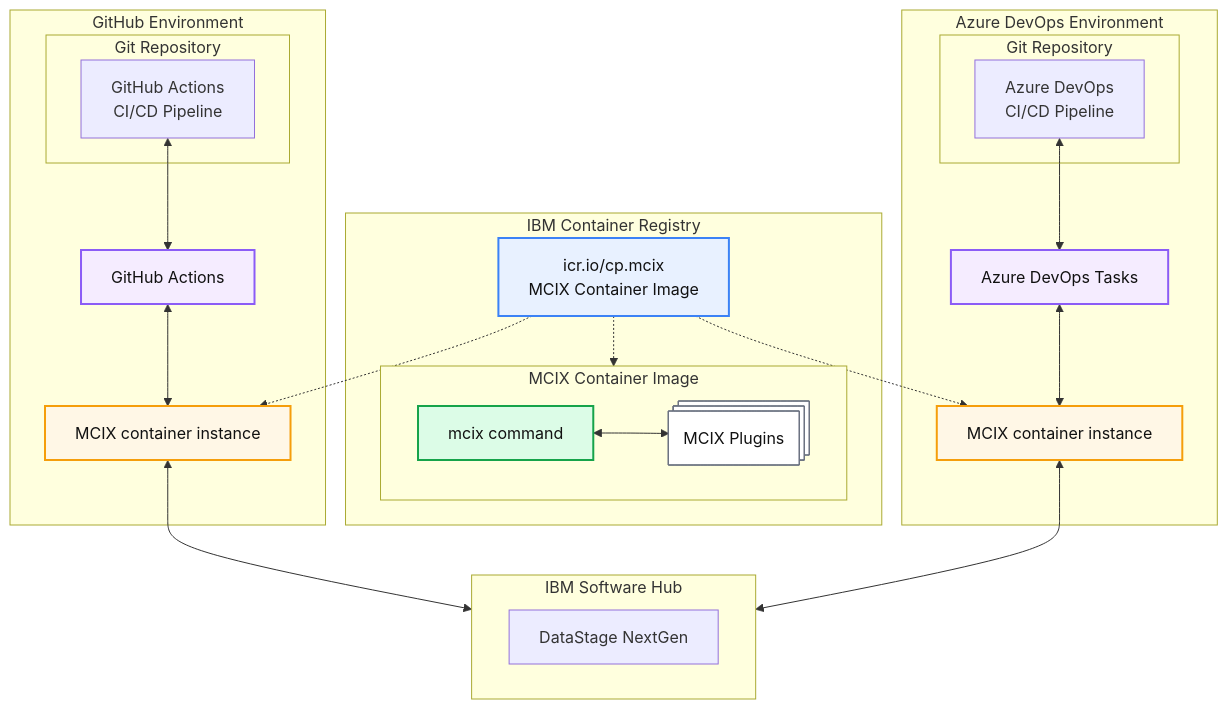
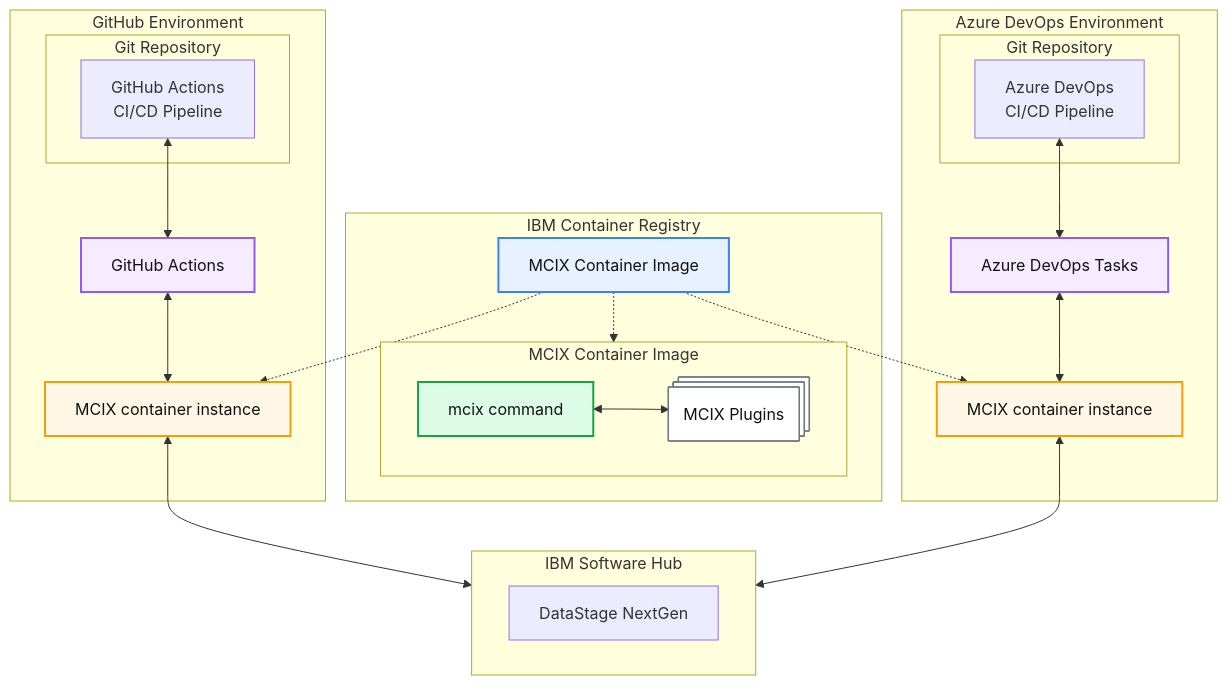
Before and after one commit to MettleCI/mcix: the diagram in ARCHITECTURE.md, drawn with Mermaid.

Commit message:
Update ICR description in ARCHITECTURE.md

````diff
--- a/ARCHITECTURE.md
+++ b/ARCHITECTURE.md
@@ -1,83 +1,83 @@
 ```mermaid
   flowchart TD
 
   %% =========================
   %% Styles
   %% =========================
   classDef registry fill:#e8f1ff,stroke:#3b82f6,stroke-width:2px,color:#111;
   classDef image fill:#eefbf3,stroke:#22c55e,stroke-width:2px,color:#111;
   classDef runtime fill:#fff7e6,stroke:#f59e0b,stroke-width:2px,color:#111;
   classDef tooling fill:#f5ecff,stroke:#8b5cf6,stroke-width:2px,color:#111;
   classDef plugin fill:#ffffff,stroke:#6b7280,stroke-width:1px,color:#111;
   classDef command fill:#dcfce7,stroke:#16a34a,stroke-width:2px,color:#111;
 
   %% =========================
   %% GitHub environment
   %% =========================
   subgraph GH["GitHub Environment"]
       subgraph GHREPO["Git Repository"]
         GHPIPE["GitHub Actions<br/>CI/CD Pipeline"]
       end
       GHCONT["MCIX container instance"]
       GHA["GitHub Actions"]
   end
   class GHA tooling
   class GHCONT runtime
 
   %% GH Tooling references 
   GHPIPE <--> GHA
   GHA <--> GHCONT
 
   %% =========================
   %% Registry
   %% =========================
   subgraph REG["IBM Container Registry"]
-      ICR["icr.io/cp.mcix<br/>MCIX Container Image"]
+      ICR["MCIX Container Image"]
 
       %% Image internals
       subgraph IMG["MCIX Container Image"]
           MCIX["mcix command"]
           PLUGINS@{ shape: procs, label: "MCIX Plugins"}
       end
       class MCIX command
       class PLUGINS plugin
       class IMG image
 
   end
   class ICR registry
 
   ICR -.-> IMG
   MCIX <--> PLUGINS
 
   subgraph CPD["IBM Software Hub"]
     DATASTAGE["DataStage NextGen"]
   end
 
   %% =========================
   %% Azure DevOps environment
   %% =========================
   subgraph ADO["Azure DevOps Environment"]
       subgraph ADOREPO["Git Repository"]
         ADOPIPE["Azure DevOps<br/>CI/CD Pipeline"]
       end
       ADOT["Azure DevOps Tasks"]
       ADOCONT["MCIX container instance"]
   end
   class ADOT tooling
   class ADOCONT runtime
 
   %% =========================
   %% Distribution from registry
   %% =========================
   ICR -.-> GHCONT
   ICR -.-> ADOCONT
 
   %% ADO Tooling references 
   ADOPIPE <--> ADOT
   ADOT <--> ADOCONT
 
   %% Action/Task links to CPD
   GHCONT <--> CPD
   ADOCONT <--> CPD
 
 ```
````
